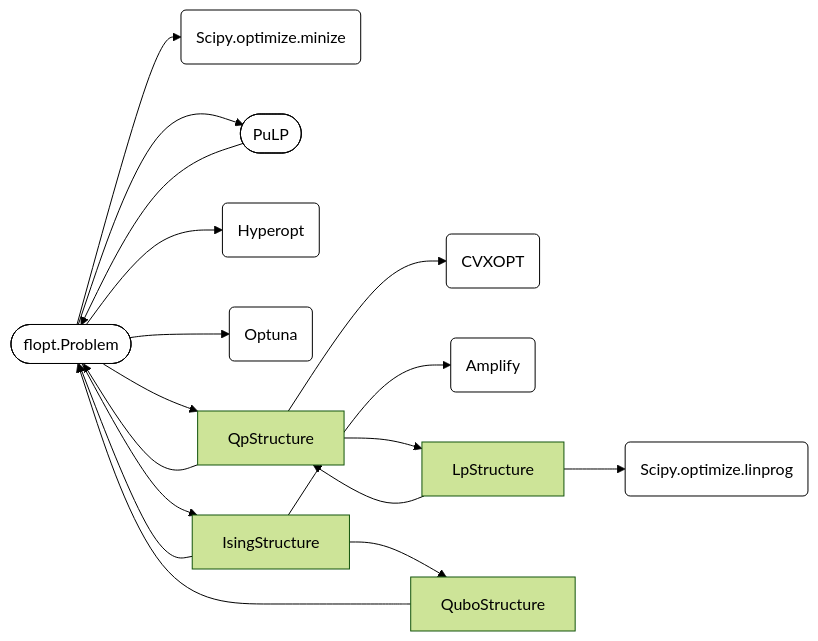
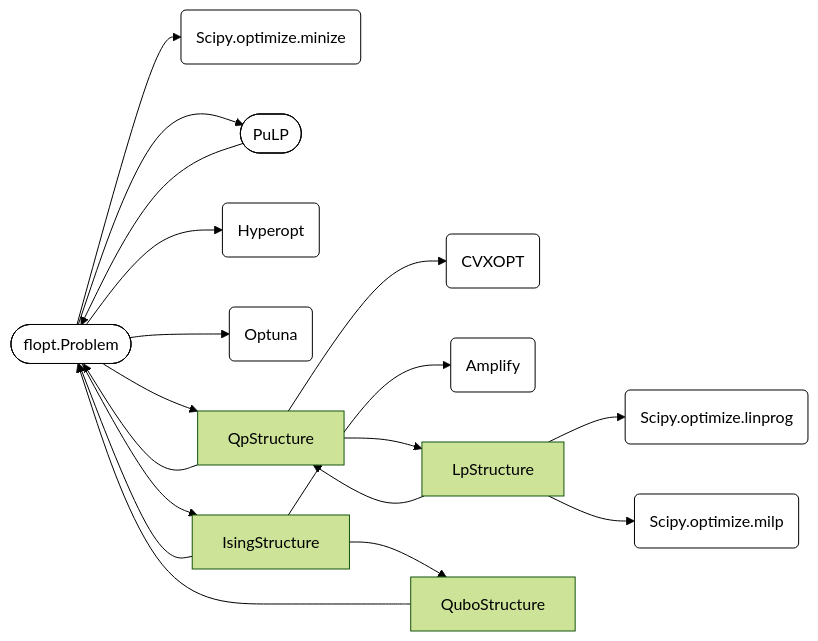
Before and after one commit to nariaki3551/flopt: the third of 3 diagrams in docs/tutorial/convert/overview.rst, drawn with Mermaid (forest theme). The commit also changed 5 other files, not shown here.

Commit message:
add ScipyMilpSearch

```diff
--- a/docs/tutorial/convert/overview.rst
+++ b/docs/tutorial/convert/overview.rst
@@ -52,48 +52,51 @@
 .. mermaid::
 
   graph LR
 
   flopt([flopt.Problem])
   style flopt fill:#fff,stroke:#000,stroke-width:1px
   CVXOPT(CVXOPT)
   style CVXOPT fill:#fff,stroke:#000,stroke-width:1px
   Scipy.optimize.linprog(Scipy.optimize.linprog)
   style Scipy.optimize.linprog fill:#fff,stroke:#000,stroke-width:1px
+  Scipy.optimize.milp(Scipy.optimize.milp)
+  style Scipy.optimize.milp fill:#fff,stroke:#000,stroke-width:1px
   Scipy.optimize.minimize(Scipy.optimize.minize)
   style Scipy.optimize.minimize fill:#fff,stroke:#000,stroke-width:1px
   PuLP([PuLP])
   style PuLP fill:#fff,stroke:#000,stroke-width:1px
   Hyperopt(Hyperopt)
   style Hyperopt fill:#fff,stroke:#000,stroke-width:1px
   Optuna(Optuna)
   style Optuna fill:#fff,stroke:#000,stroke-width:1px
   Amplify(Amplify)
   style Amplify fill:#fff,stroke:#000,stroke-width:1px
 
   QpStructure[QpStructure]
   LpStructure[LpStructure]
   IsingStructure[IsingStructure]
   QuboStructure[QuboStructure]
 
   flopt --> QpStructure
   QpStructure --> flopt
 
   flopt --> IsingStructure
   IsingStructure --> flopt
 
   QpStructure --> LpStructure
   LpStructure --> QpStructure
 
   IsingStructure --> Amplify
   IsingStructure --> QuboStructure
   QuboStructure --> flopt
 
   QpStructure --> CVXOPT
   LpStructure --> Scipy.optimize.linprog
+  LpStructure --> Scipy.optimize.milp
 
 
   flopt --> PuLP
   PuLP --> flopt
   flopt --> Hyperopt
   flopt --> Optuna
   flopt --> Scipy.optimize.minimize
```
